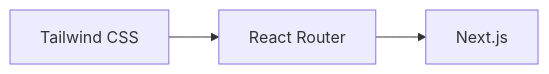
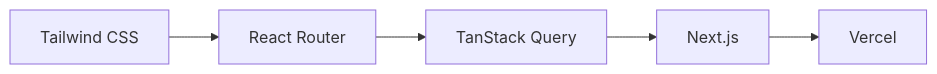
The tenth of 13 diagrams in src/content/lessons/23.md (tsunosekai/typescript-class), drawn with Mermaid before and after one commit. The commit also changed other lines of this file, not shown here.

````diff
--- a/src/content/lessons/23.md
+++ b/src/content/lessons/23.md
@@ -177,4 +362,4 @@
 ```mermaid
 flowchart LR
-    A1["Tailwind CSS"] --> A2["React Router"] --> A3["Next.js"]
+    A1["Tailwind CSS"] --> A2["React Router"] --> A3["TanStack Query"] --> A4["Next.js"] --> A5["Vercel"]
 ```
````
